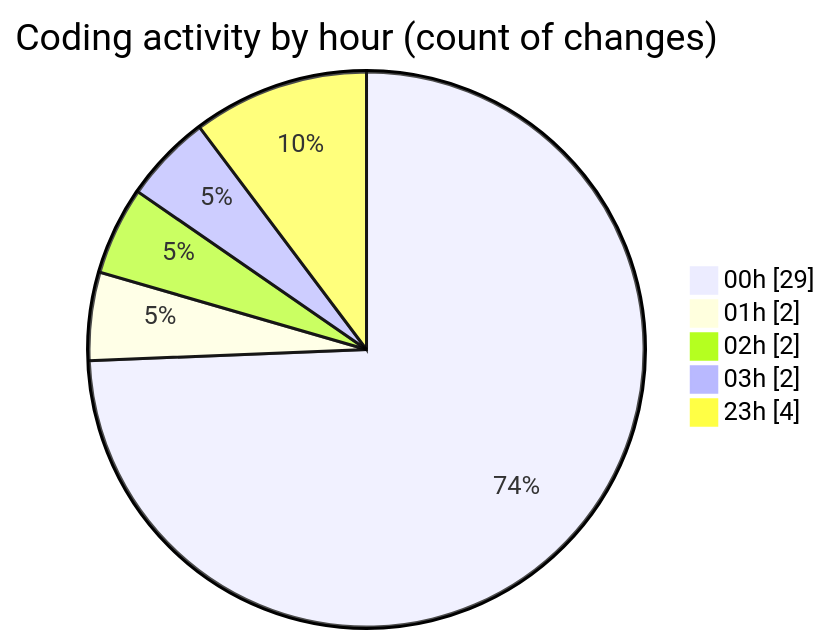
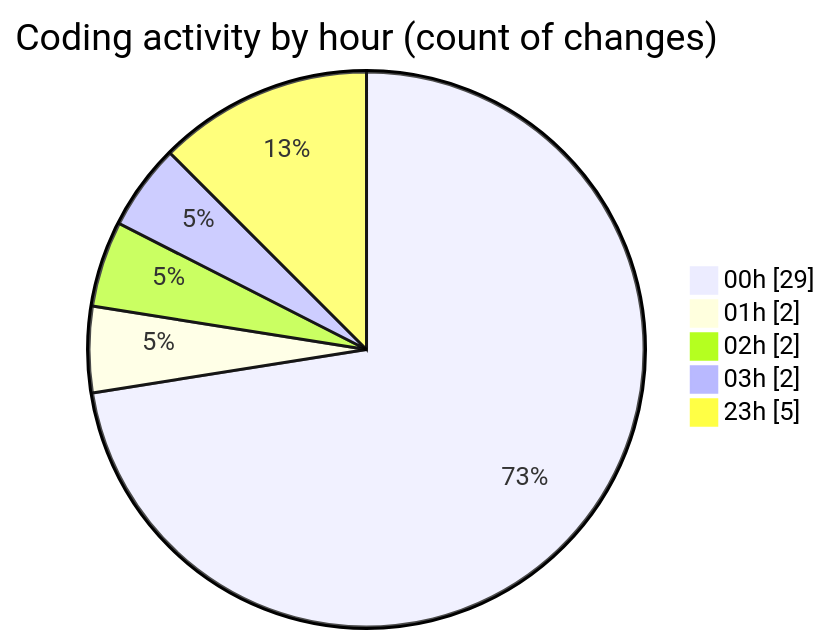
Before and after one commit to donsfak/code-tracking: the second of 2 diagrams in 2025-02-09/maps_clone/README.md, drawn with Mermaid. The commit also changed other lines of this file and 1 other file, not shown here.

````diff
--- a/2025-02-09/maps_clone/README.md
+++ b/2025-02-09/maps_clone/README.md
@@ -39,9 +39,9 @@
 ```mermaid
 pie showData
 title Coding activity by hour (count of changes)
 "00h" : 29
 "01h" : 2
 "02h" : 2
 "03h" : 2
-"23h" : 4
+"23h" : 5
 ```
````
